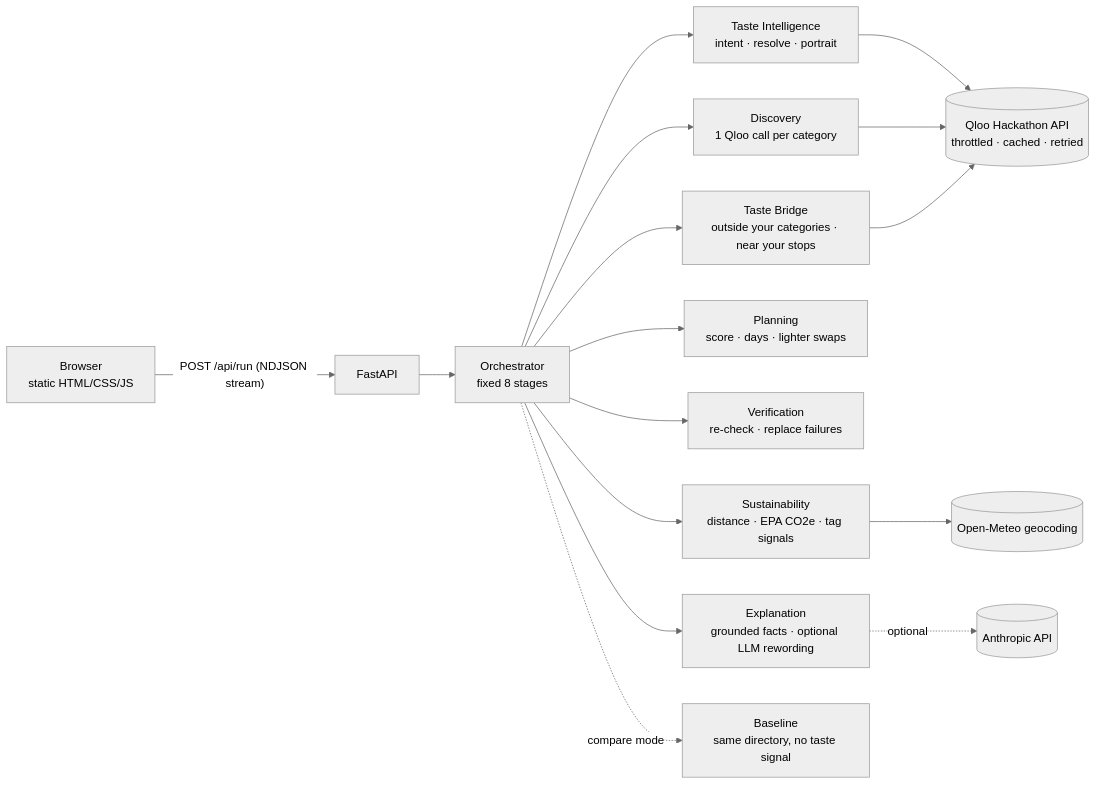
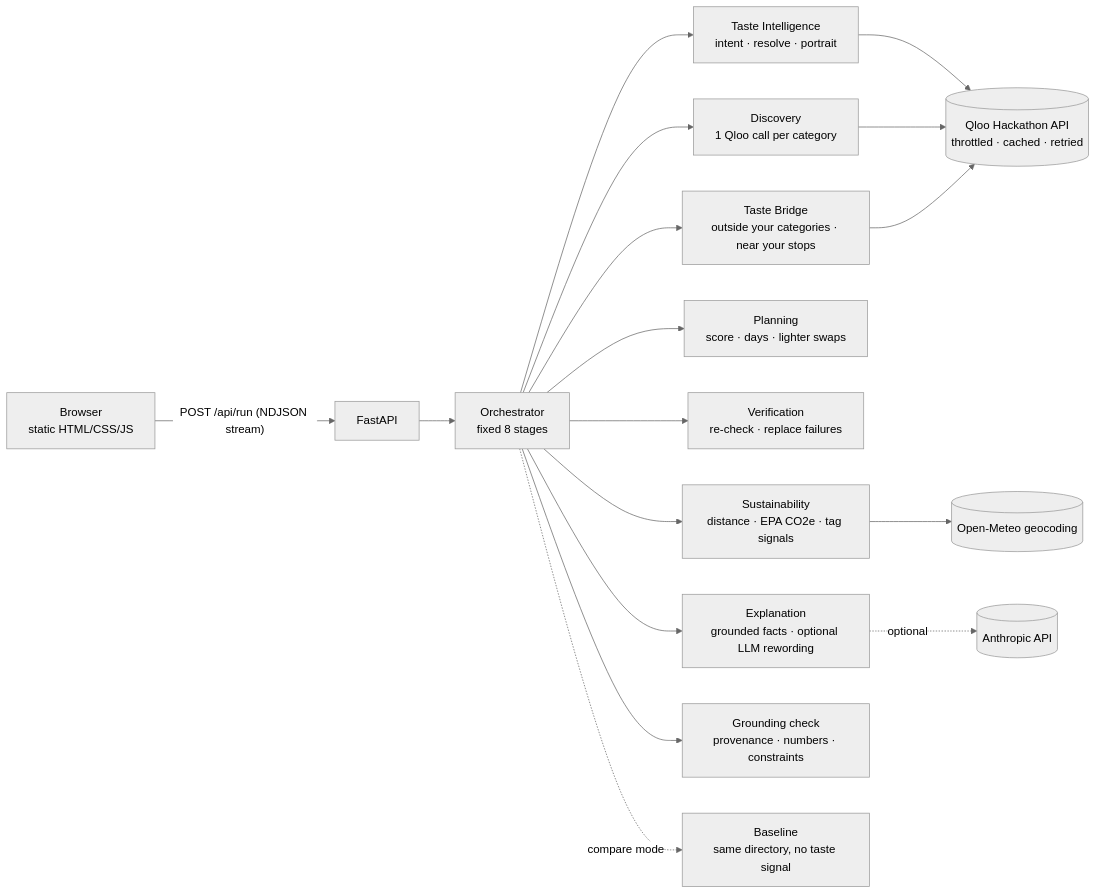
The diagram in README.md (jaharilockett81/earthpulse-ai), drawn with Mermaid (neutral theme) before and after one commit. The commit also changed other lines of this file and 15 other files, not shown here.

First line of the commit message:
Add grounding check, bounded adaptation and failure drill; truthful results report

````diff
--- a/README.md
+++ b/README.md
@@ -59,16 +75,17 @@
 ```mermaid
 flowchart LR
     U[Browser<br/>static HTML/CSS/JS] -- "POST /api/run (NDJSON stream)" --> API[FastAPI]
     API --> O[Orchestrator<br/>fixed 8 stages]
     O --> T[Taste Intelligence<br/>intent · resolve · portrait]
     O --> D[Discovery<br/>1 Qloo call per category]
     O --> S[Sustainability<br/>distance · EPA CO2e · tag signals]
     O --> P[Planning<br/>score · days · lighter swaps]
     O --> V[Verification<br/>re-check · replace failures]
     O --> E[Explanation<br/>grounded facts · optional LLM rewording]
     O --> TB[Taste Bridge<br/>outside your categories · near your stops]
+    O --> GR[Grounding check<br/>provenance · numbers · constraints]
     T & D & TB --> Q[(Qloo Hackathon API<br/>throttled · cached · retried)]
     S --> G[(Open-Meteo geocoding)]
     E -.optional.-> L[(Anthropic API)]
     O -. compare mode .-> B[Baseline<br/>same directory, no taste signal]
 ```
````
